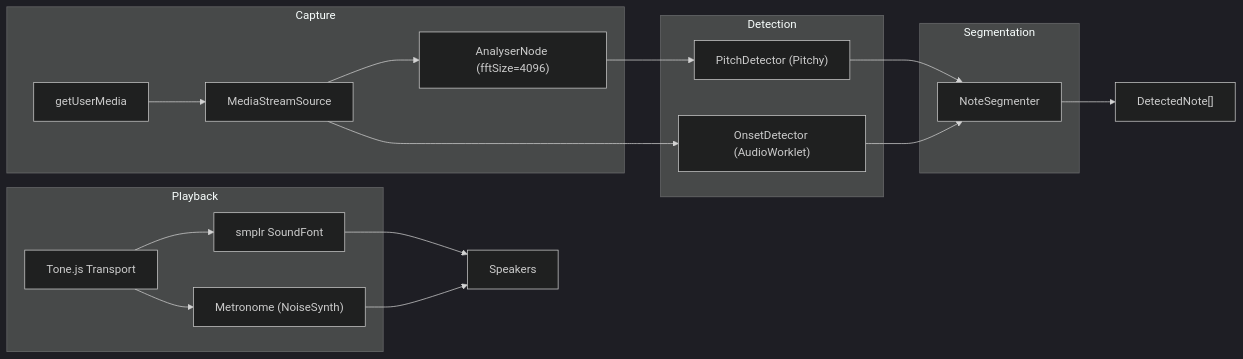
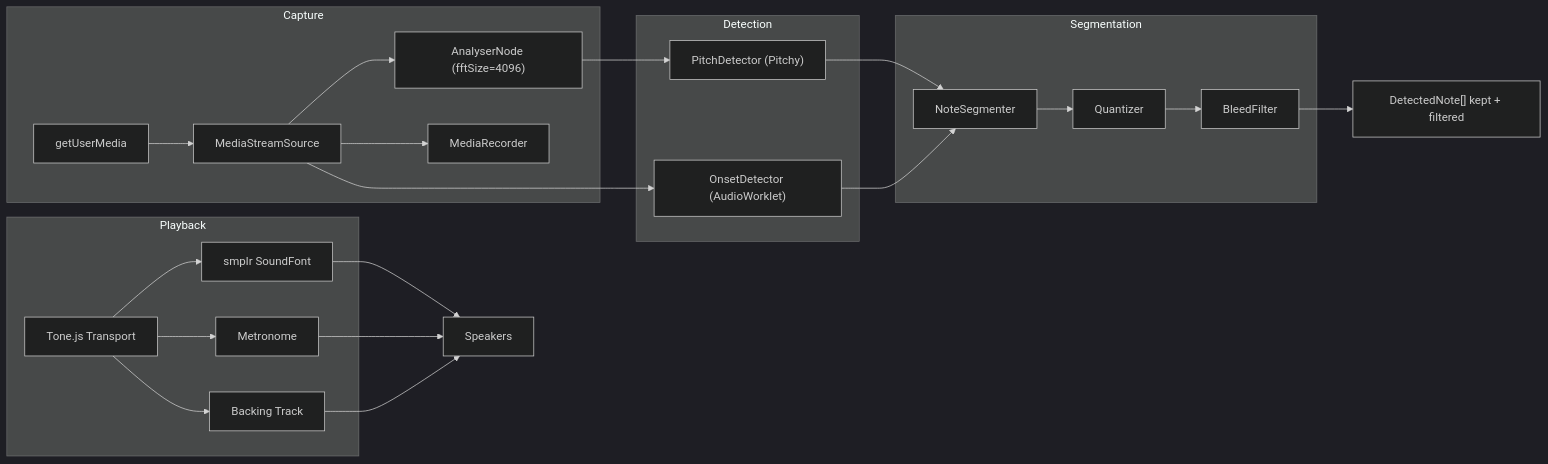
One commit to avitus/mankunku changed the diagram in documentation/architecture/audio-pipeline.md. Above: the diagram before and after it, drawn with Mermaid (dark theme). The commit also changed other lines of this file and 11 other files, not shown here.

````diff
--- a/documentation/architecture/audio-pipeline.md
+++ b/documentation/architecture/audio-pipeline.md
@@ -7,37 +7,46 @@
 ```mermaid
 graph LR
     subgraph Playback
         Transport["Tone.js Transport"]
         SF["smplr SoundFont"]
-        Metro["Metronome (NoiseSynth)"]
+        Metro["Metronome"]
+        Backing["Backing Track"]
     end
 
     subgraph Capture
         Mic["getUserMedia"]
         Source["MediaStreamSource"]
         Analyser["AnalyserNode (fftSize=4096)"]
+        Recorder["MediaRecorder"]
     end
 
     subgraph Detection
         Pitch["PitchDetector (Pitchy)"]
         Onset["OnsetDetector (AudioWorklet)"]
     end
 
     subgraph Segmentation
         Seg["NoteSegmenter"]
+        Quant["Quantizer"]
+        Bleed["BleedFilter"]
     end
 
     Transport --> SF
     Transport --> Metro
+    Transport --> Backing
     SF --> Speakers["Speakers"]
     Metro --> Speakers
+    Backing --> Speakers
 
     Mic --> Source
     Source --> Analyser
+    Source --> Recorder
     Analyser --> Pitch
     Source --> Onset
 
     Pitch --> Seg
     Onset --> Seg
-    Seg --> DetectedNotes["DetectedNote[]"]
+    Seg --> Quant
+    Quant --> Bleed
+    Bleed --> DetectedNotes["DetectedNote[] kept + filtered"]
 ```
````
